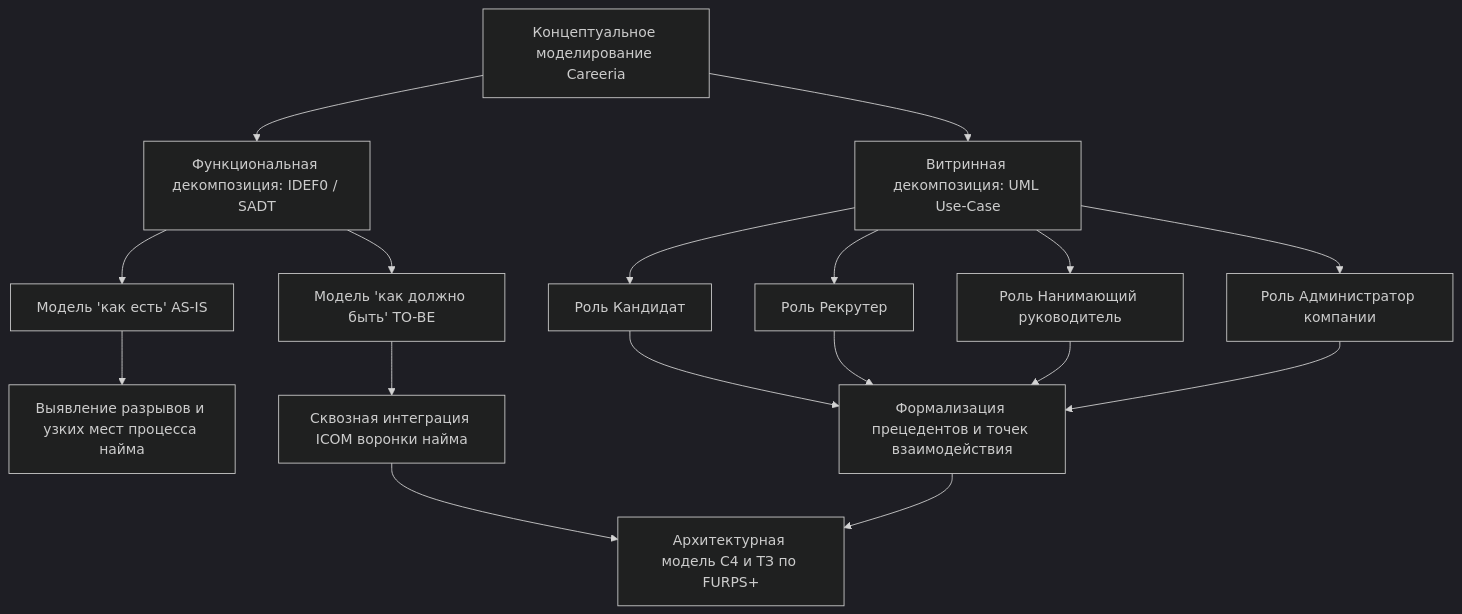
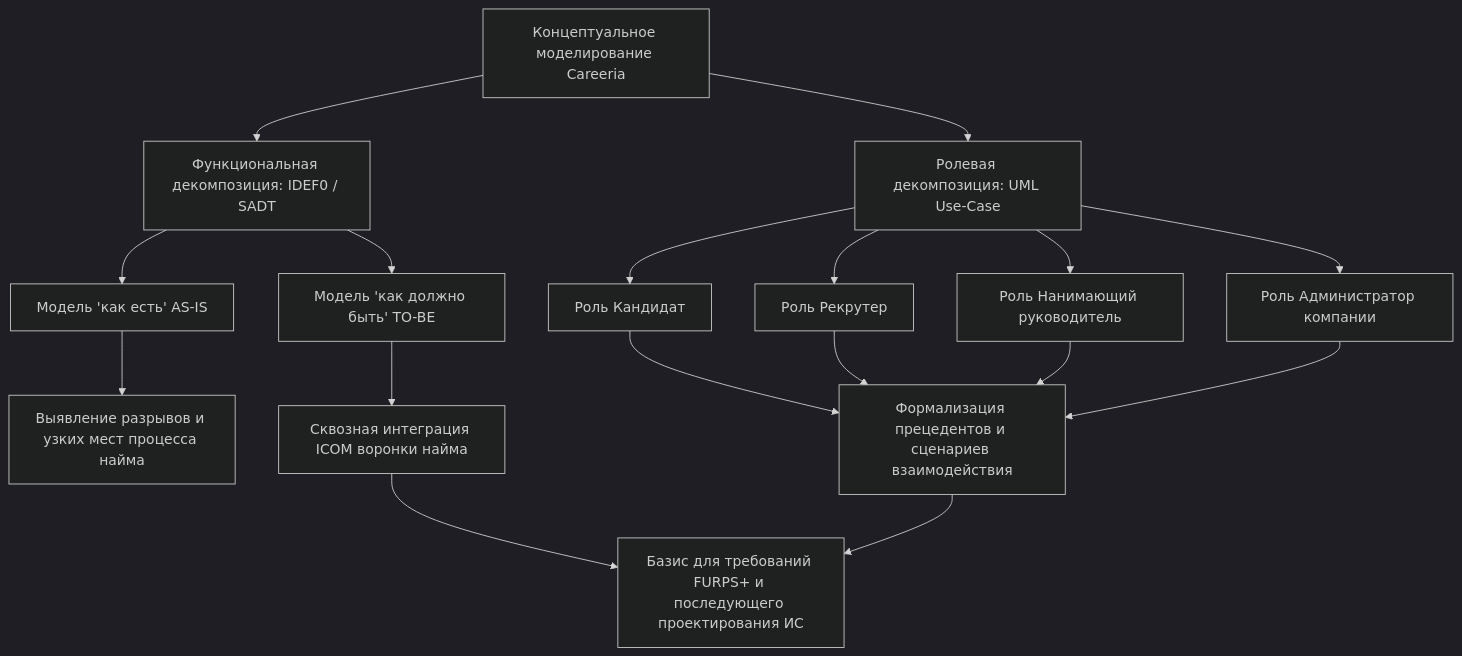
The diagram in docs/project/02-business-services/01-choice-methodology-technology.md (krackl1n/careeria), drawn with Mermaid (dark theme) before and after one commit. The commit also changed other lines of this file, not shown here.

````diff
--- a/docs/project/02-business-services/01-choice-methodology-technology.md
+++ b/docs/project/02-business-services/01-choice-methodology-technology.md
@@ -149,18 +157,18 @@
 ```mermaid
 graph TD
     A[Концептуальное моделирование Careeria] --> B[Функциональная декомпозиция: IDEF0 / SADT]
-    A --> C[Витринная декомпозиция: UML Use-Case]
+    A --> C[Ролевая декомпозиция: UML Use-Case]
     
     B --> B1[Модель 'как есть' AS-IS]
     B --> B2[Модель 'как должно быть' TO-BE]
     B1 --> B3[Выявление разрывов и узких мест процесса найма]
     B2 --> B4[Сквозная интеграция ICOM воронки найма]
 
     C --> C1[Роль Кандидат]
     C --> C2[Роль Рекрутер]
     C --> C3[Роль Нанимающий руководитель]
     C --> C4[Роль Администратор компании]
-    C1 & C2 & C3 & C4 --> C5[Формализация прецедентов и точек взаимодействия]
+    C1 & C2 & C3 & C4 --> C5[Формализация прецедентов и сценариев взаимодействия]
 
-    B4 & C5 --> D[Архитектурная модель C4 и ТЗ по FURPS+]
+    B4 & C5 --> D[Базис для требований FURPS+ и последующего проектирования ИС]
 ```
````
